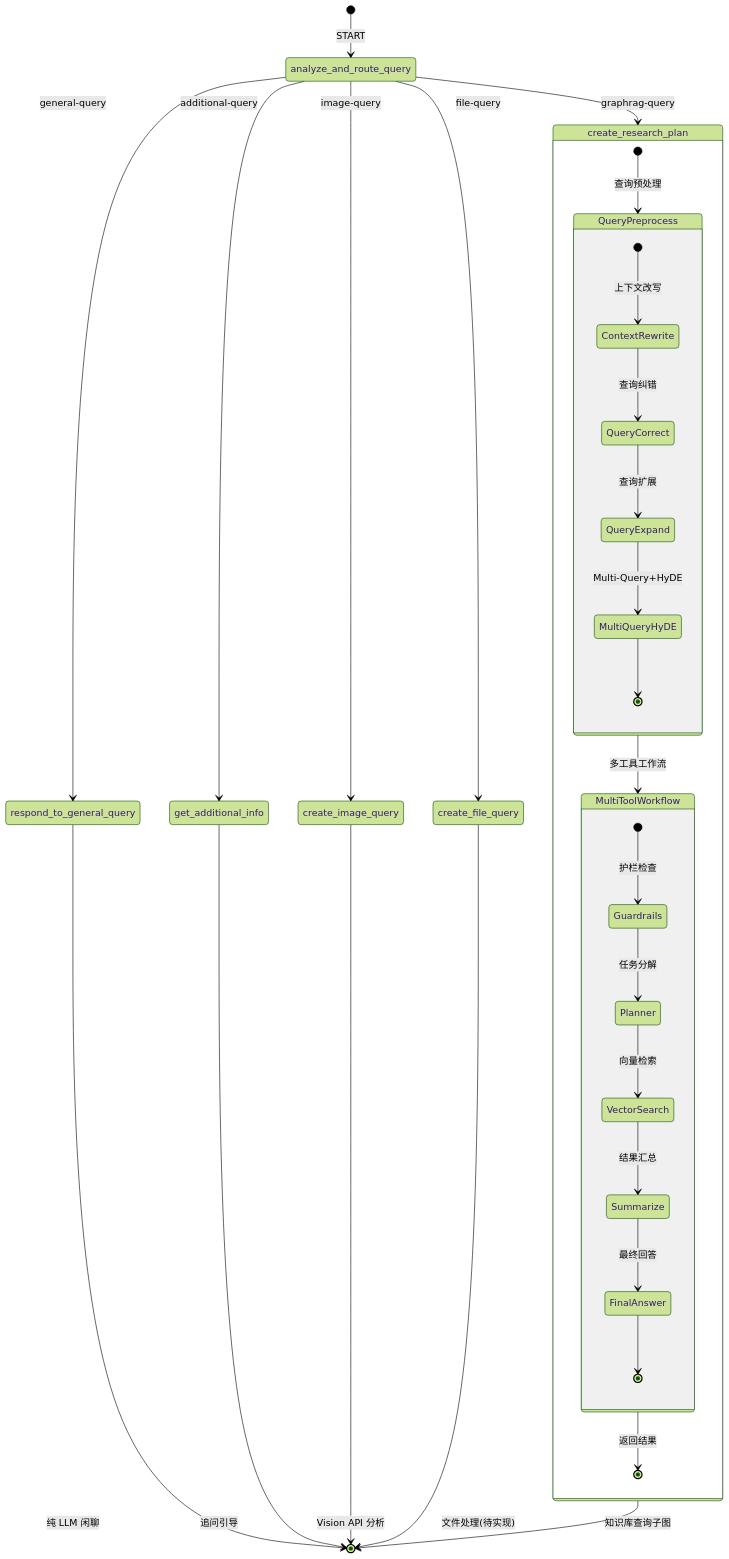
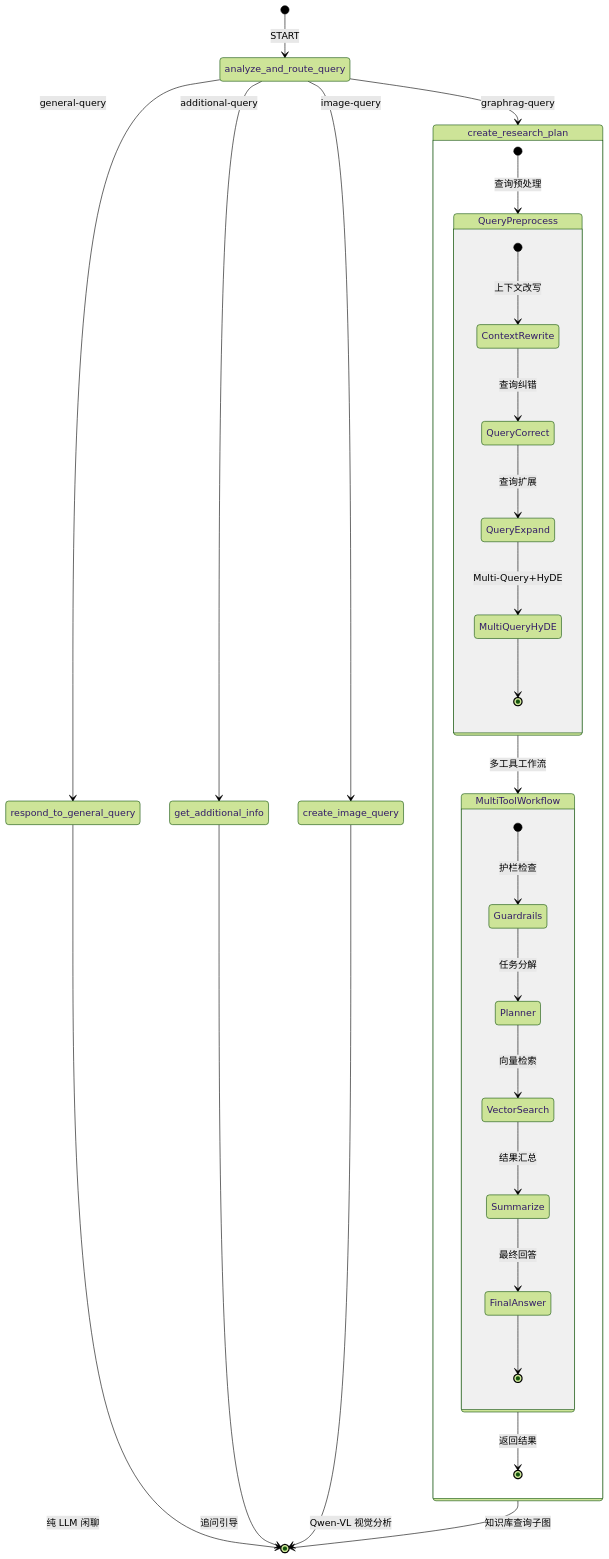
One commit to blowt16/SmartCS-Agent changed the fourth of 10 diagrams in docs/PROJECT_ANALYSIS.md. Above: the diagram before and after it, drawn with Mermaid (forest theme). The commit also changed other lines of this file, not shown here.

````diff
--- a/docs/PROJECT_ANALYSIS.md
+++ b/docs/PROJECT_ANALYSIS.md
@@ -306,38 +305,36 @@
 ```mermaid
 stateDiagram-v2
     [*] --> analyze_and_route_query: START
     analyze_and_route_query --> respond_to_general_query: general-query
     analyze_and_route_query --> get_additional_info: additional-query
     analyze_and_route_query --> create_research_plan: graphrag-query
     analyze_and_route_query --> create_image_query: image-query
-    analyze_and_route_query --> create_file_query: file-query
 
     respond_to_general_query --> [*]: 纯 LLM 闲聊
     get_additional_info --> [*]: 追问引导
     create_research_plan --> [*]: 知识库查询子图
-    create_image_query --> [*]: Vision API 分析
-    create_file_query --> [*]: 文件处理(待实现)
+    create_image_query --> [*]: Qwen-VL 视觉分析
 
     state create_research_plan {
         [*] --> QueryPreprocess: 查询预处理
         QueryPreprocess --> MultiToolWorkflow: 多工具工作流
         MultiToolWorkflow --> [*]: 返回结果
 
         state QueryPreprocess {
             [*] --> ContextRewrite: 上下文改写
             ContextRewrite --> QueryCorrect: 查询纠错
             QueryCorrect --> QueryExpand: 查询扩展
             QueryExpand --> MultiQueryHyDE: Multi-Query+HyDE
             MultiQueryHyDE --> [*]
         }
 
         state MultiToolWorkflow {
             [*] --> Guardrails: 护栏检查
             Guardrails --> Planner: 任务分解
             Planner --> VectorSearch: 向量检索
             VectorSearch --> Summarize: 结果汇总
             Summarize --> FinalAnswer: 最终回答
             FinalAnswer --> [*]
         }
     }
 ```
````
